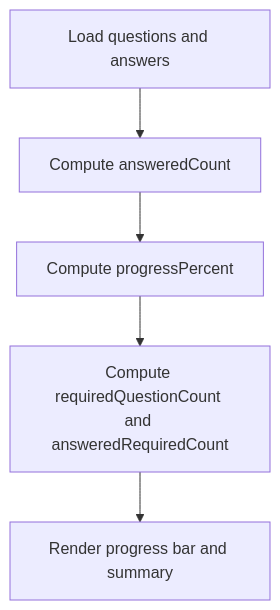
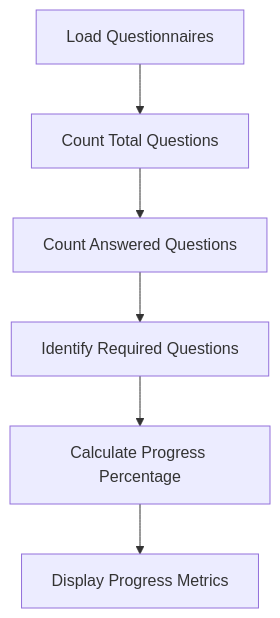
The seventh of 8 diagrams in .qoder/repowiki/en/content/Core Features/Evaluation Workflows/Questionnaire Filling Interface.md (rudicatsmile/assesment360), drawn with Mermaid before and after one commit. The commit also changed other lines of this file and 5 other files, not shown here.

````diff
--- a/.qoder/repowiki/en/content/Core Features/Evaluation Workflows/Questionnaire Filling Interface.md
+++ b/.qoder/repowiki/en/content/Core Features/Evaluation Workflows/Questionnaire Filling Interface.md
@@ -326,7 +387,8 @@
 ```mermaid
 flowchart TD
-Init["Load questions and answers"] --> Count["Compute answeredCount"]
-Count --> Percent["Compute progressPercent"]
-Percent --> Required["Compute requiredQuestionCount and answeredRequiredCount"]
-Required --> Render["Render progress bar and summary"]
+Load["Load Questionnaires"] --> Count["Count Total Questions"]
+Count --> Answered["Count Answered Questions"]
+Answered --> Required["Identify Required Questions"]
+Required --> Calculate["Calculate Progress Percentage"]
+Calculate --> Display["Display Progress Metrics"]
 ```
````
